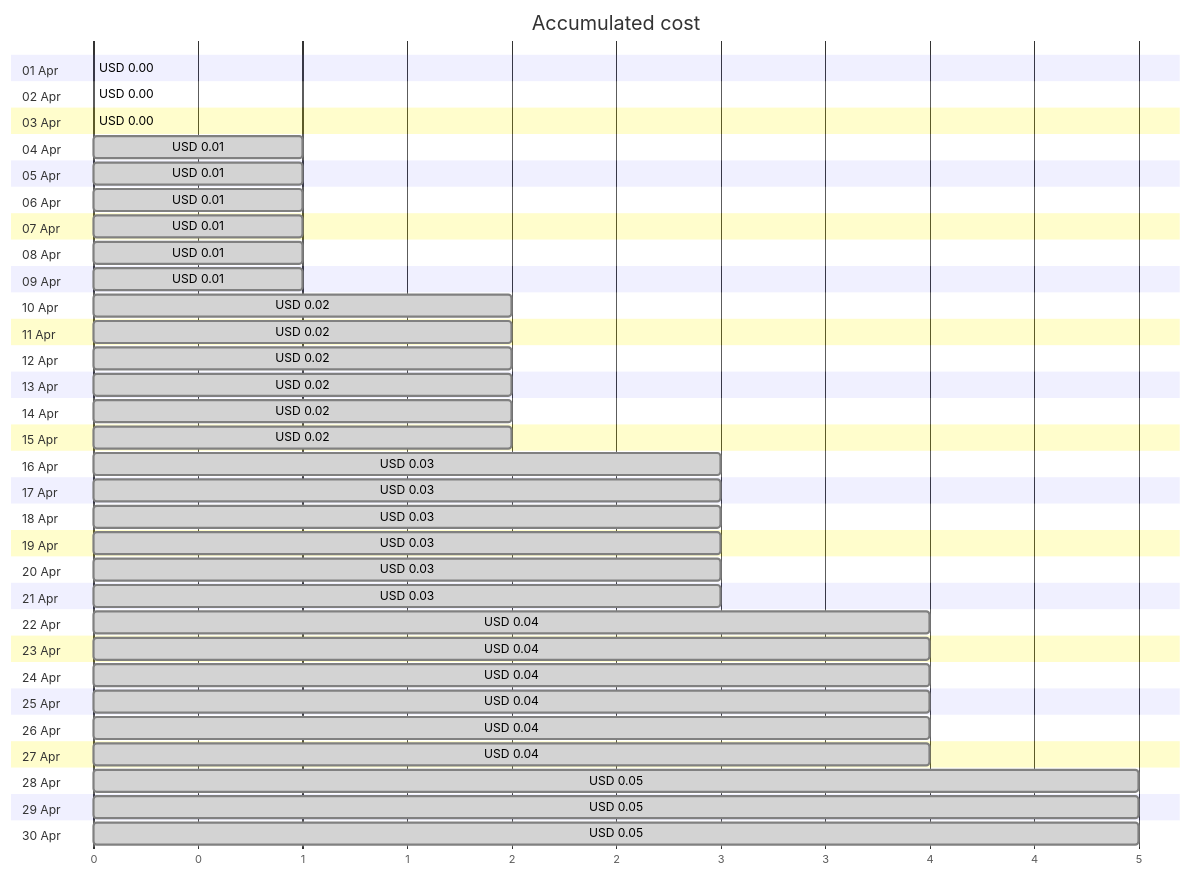
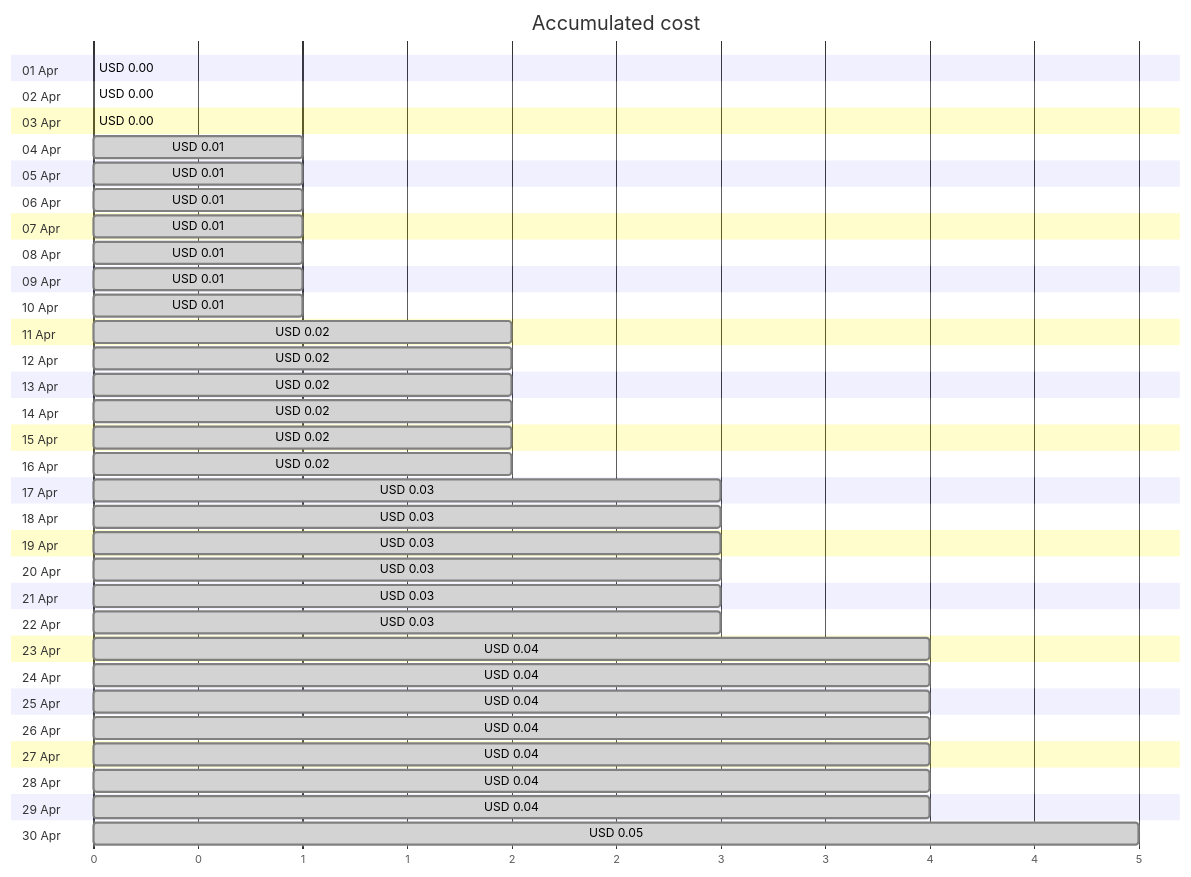
Before and after one commit to jpfulton/azure-personal-reports: the first of 4 diagrams in cost-reports/personal-site/personalsiteapistorage.md, drawn with Mermaid. The commit also changed other lines of this file and 7 other files, not shown here.

````diff
--- a/cost-reports/personal-site/personalsiteapistorage.md
+++ b/cost-reports/personal-site/personalsiteapistorage.md
@@ -20,66 +20,66 @@
 ```mermaid
 gantt
    title Accumulated cost
    dateFormat  X
    axisFormat %s
    section 01 Apr
    USD 0.00 :0, 0
    section 02 Apr
    USD 0.00 :0, 0
    section 03 Apr
-   USD 0.00 : done, 0, 0
+   USD 0.00 :0, 0
    section 04 Apr
    USD 0.01 : done, 0, 1
    section 05 Apr
    USD 0.01 : done, 0, 1
    section 06 Apr
    USD 0.01 : done, 0, 1
    section 07 Apr
    USD 0.01 : done, 0, 1
    section 08 Apr
    USD 0.01 : done, 0, 1
    section 09 Apr
    USD 0.01 : done, 0, 1
    section 10 Apr
-   USD 0.02 : done, 0, 2
+   USD 0.01 : done, 0, 1
    section 11 Apr
    USD 0.02 : done, 0, 2
    section 12 Apr
    USD 0.02 : done, 0, 2
    section 13 Apr
    USD 0.02 : done, 0, 2
    section 14 Apr
    USD 0.02 : done, 0, 2
    section 15 Apr
    USD 0.02 : done, 0, 2
    section 16 Apr
-   USD 0.03 : done, 0, 3
+   USD 0.02 : done, 0, 2
    section 17 Apr
    USD 0.03 : done, 0, 3
    section 18 Apr
    USD 0.03 : done, 0, 3
    section 19 Apr
    USD 0.03 : done, 0, 3
    section 20 Apr
    USD 0.03 : done, 0, 3
    section 21 Apr
    USD 0.03 : done, 0, 3
    section 22 Apr
-   USD 0.04 : done, 0, 4
+   USD 0.03 : done, 0, 3
    section 23 Apr
    USD 0.04 : done, 0, 4
    section 24 Apr
    USD 0.04 : done, 0, 4
    section 25 Apr
    USD 0.04 : done, 0, 4
    section 26 Apr
    USD 0.04 : done, 0, 4
    section 27 Apr
    USD 0.04 : done, 0, 4
    section 28 Apr
-   USD 0.05 : done, 0, 5
+   USD 0.04 : done, 0, 4
    section 29 Apr
-   USD 0.05 : done, 0, 5
+   USD 0.04 : done, 0, 4
    section 30 Apr
    USD 0.05 : done, 0, 5
 ```
````
